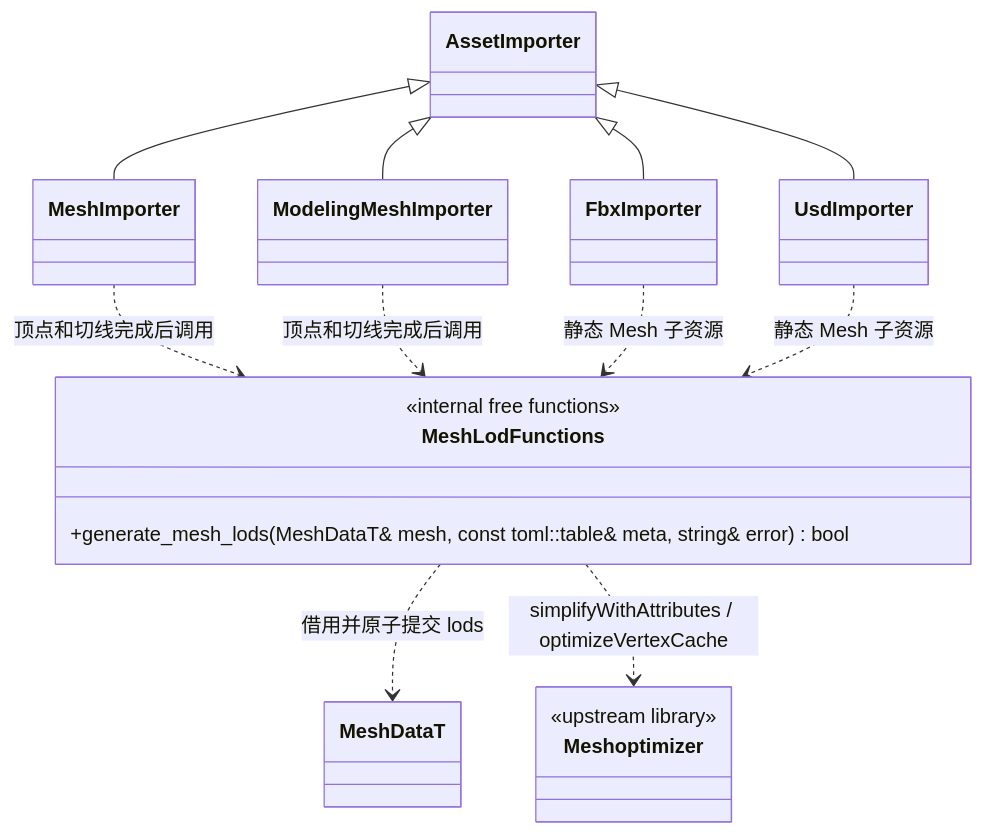
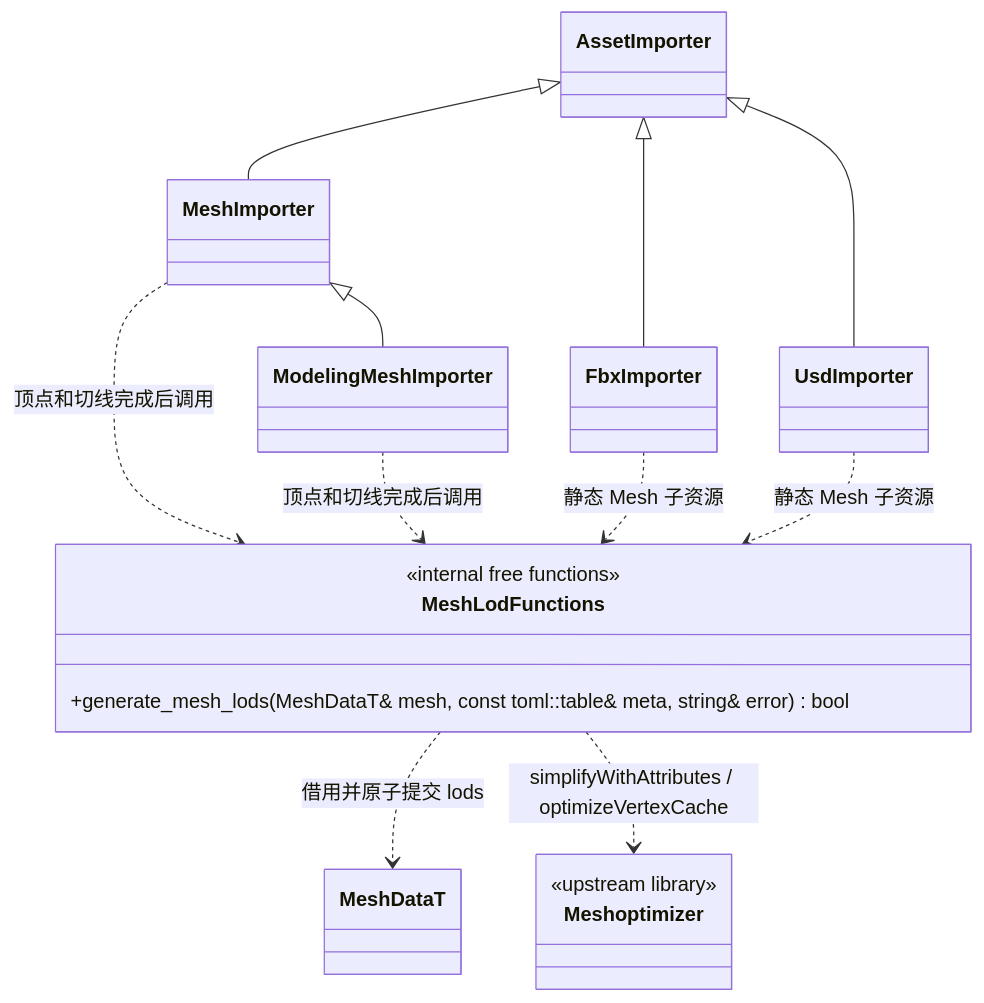
One commit to lcals/Engine changed the second of 3 diagrams in docs/editor/class-diagrams/static-model-lod.md. Above: the diagram before and after it, drawn with Mermaid. The commit also changed other lines of this file and 222 other files, not shown here.

Commit message:
Consolidate editor asset imports and align architecture documentation

````diff
--- a/docs/editor/class-diagrams/static-model-lod.md
+++ b/docs/editor/class-diagrams/static-model-lod.md
@@ -42,26 +42,26 @@
 ```mermaid
 classDiagram
     class AssetImporter
     class MeshImporter
     class ModelingMeshImporter
     class FbxImporter
     class UsdImporter
     class MeshDataT
     class MeshLodFunctions {
         <<internal free functions>>
         +generate_mesh_lods(MeshDataT& mesh, const toml::table& meta, string& error) bool
     }
     class Meshoptimizer {
         <<upstream library>>
     }
     AssetImporter <|-- MeshImporter
-    AssetImporter <|-- ModelingMeshImporter
+    MeshImporter <|-- ModelingMeshImporter
     AssetImporter <|-- FbxImporter
     AssetImporter <|-- UsdImporter
     MeshImporter ..> MeshLodFunctions : 顶点和切线完成后调用
     ModelingMeshImporter ..> MeshLodFunctions : 顶点和切线完成后调用
     FbxImporter ..> MeshLodFunctions : 静态 Mesh 子资源
     UsdImporter ..> MeshLodFunctions : 静态 Mesh 子资源
     MeshLodFunctions ..> MeshDataT : 借用并原子提交 lods
     MeshLodFunctions ..> Meshoptimizer : simplifyWithAttributes / optimizeVertexCache
 ```
````
